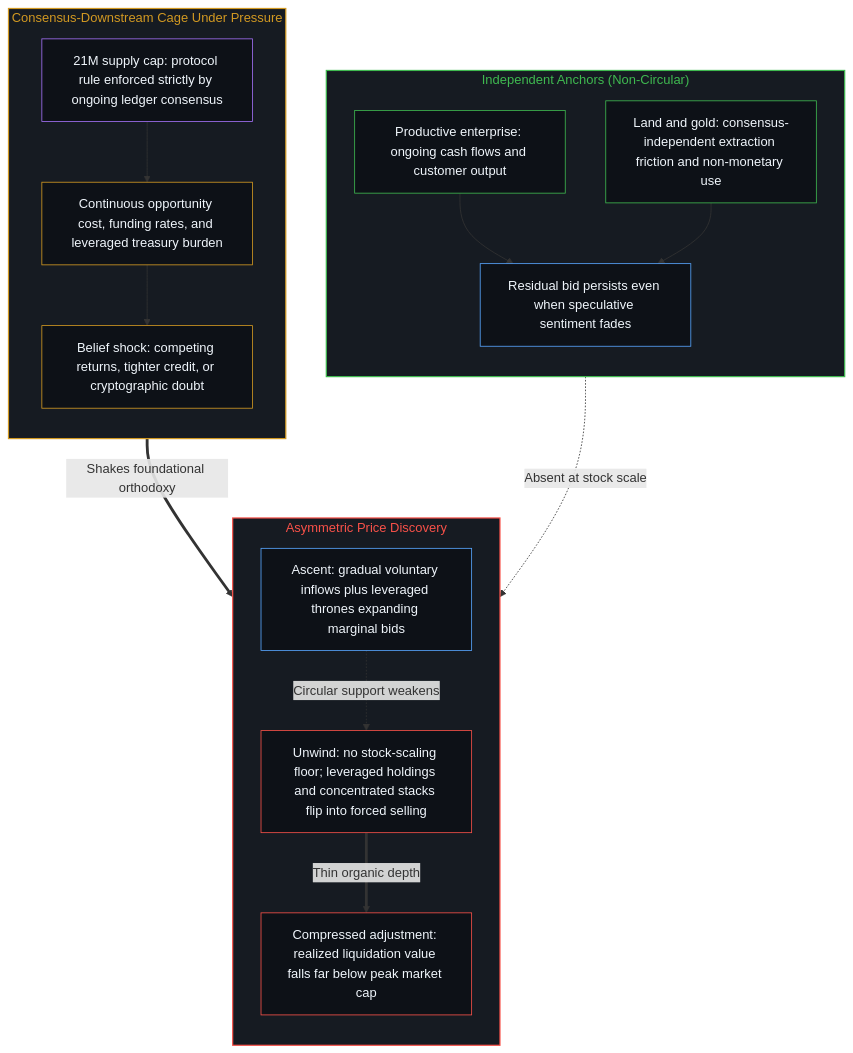
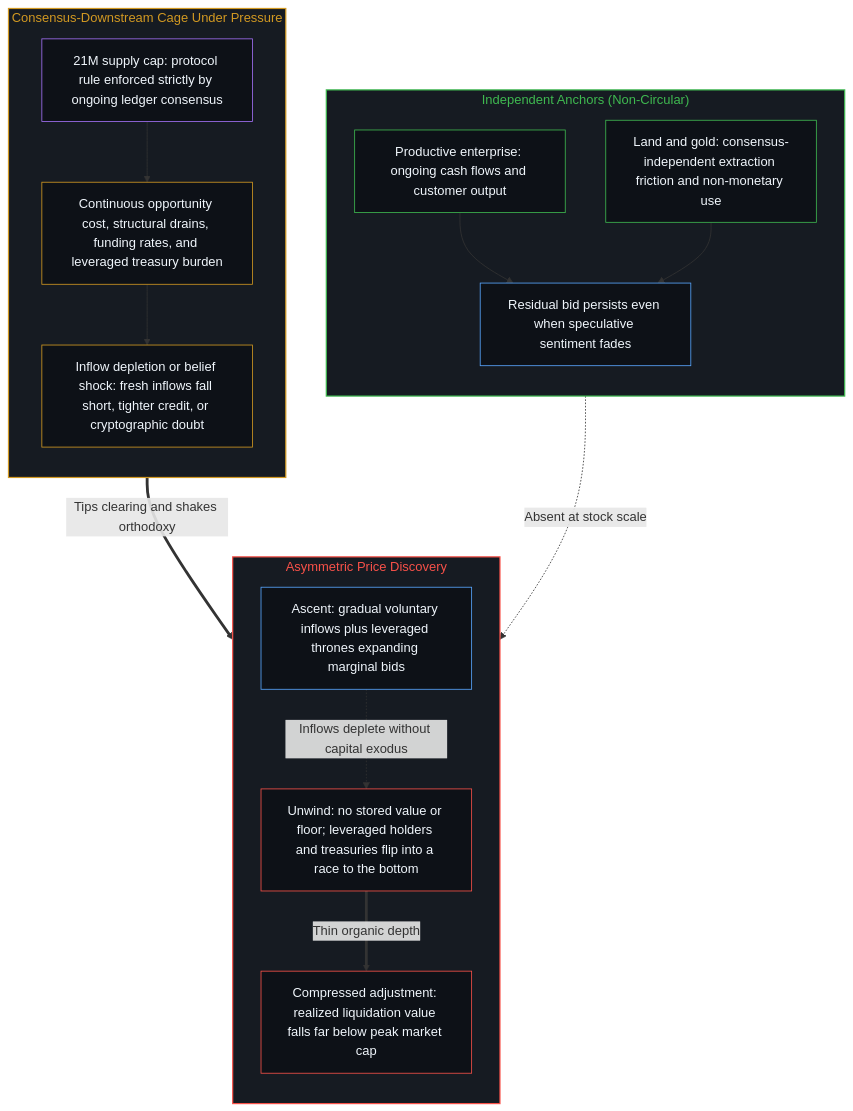
The fourth of 4 diagrams in content/posts/the-boundary-of-bitcoin-as-a-value-storage-fairytale.md (powerpig99/not-a-toe), drawn with Mermaid before and after one commit. The commit also changed other lines of this file and 2 other files, not shown here.

Commit message:
Refine Post #476: add inflow-depletion trigger requiring no capital outflow

````diff
--- a/content/posts/the-boundary-of-bitcoin-as-a-value-storage-fairytale.md
+++ b/content/posts/the-boundary-of-bitcoin-as-a-value-storage-fairytale.md
@@ -208,40 +208,40 @@
 ```mermaid
 flowchart TD
     subgraph S_Anchor["Independent Anchors (Non-Circular)"]
         direction TB
         A1["Productive enterprise: ongoing cash flows and customer output"]
         A2["Land and gold: consensus-independent extraction friction and non-monetary use"]
         A3["Residual bid persists even when speculative sentiment fades"]
         A1 --> A3
         A2 --> A3
     end
     subgraph S_BTC["Consensus-Downstream Cage Under Pressure"]
         direction TB
         B1["21M supply cap: protocol rule enforced strictly by ongoing ledger consensus"]
-        B2["Continuous opportunity cost, funding rates, and leveraged treasury burden"]
-        B3["Belief shock: competing returns, tighter credit, or cryptographic doubt"]
+        B2["Continuous opportunity cost, structural drains, funding rates, and leveraged treasury burden"]
+        B3["Inflow depletion or belief shock: fresh inflows fall short, tighter credit, or cryptographic doubt"]
         B1 --> B2 --> B3
     end
     subgraph S_Asym["Asymmetric Price Discovery"]
         direction TB
         D1["Ascent: gradual voluntary inflows plus leveraged thrones expanding marginal bids"]
-        D2["Unwind: no stock-scaling floor; leveraged holdings and concentrated stacks flip into forced selling"]
+        D2["Unwind: no stored value or floor; leveraged holders and treasuries flip into a race to the bottom"]
         D3["Compressed adjustment: realized liquidation value falls far below peak market cap"]
-        D1 -.->|"Circular support weakens"| D2
+        D1 -.->|"Inflows deplete without capital exodus"| D2
         D2 ==>|"Thin organic depth"| D3
     end
-    B3 ==>|"Shakes foundational orthodoxy"| D2
+    B3 ==>|"Tips clearing and shakes orthodoxy"| D2
     A3 -.->|"Absent at stock scale"| D2
     style S_Anchor fill:#161b22,stroke:#3fb950,stroke-width:1.5px,color:#3fb950
     style S_BTC fill:#161b22,stroke:#d29922,stroke-width:1.5px,color:#d29922
     style S_Asym fill:#161b22,stroke:#f85149,stroke-width:1.5px,color:#f85149
     style A1 fill:#0d1117,stroke:#3fb950,stroke-width:1px,color:#f0f6fc
     style A2 fill:#0d1117,stroke:#3fb950,stroke-width:1px,color:#f0f6fc
     style A3 fill:#0d1117,stroke:#58a6ff,stroke-width:1px,color:#f0f6fc
     style B1 fill:#0d1117,stroke:#a371f7,stroke-width:1px,color:#f0f6fc
     style B2 fill:#0d1117,stroke:#d29922,stroke-width:1px,color:#f0f6fc
     style B3 fill:#0d1117,stroke:#d29922,stroke-width:1px,color:#f0f6fc
     style D1 fill:#0d1117,stroke:#58a6ff,stroke-width:1px,color:#f0f6fc
     style D2 fill:#0d1117,stroke:#f85149,stroke-width:1px,color:#f0f6fc
     style D3 fill:#0d1117,stroke:#f85149,stroke-width:1px,color:#f0f6fc
 ```
````
